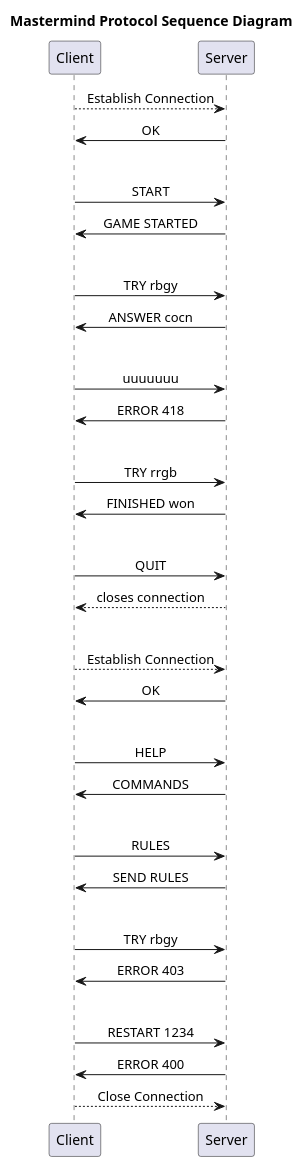
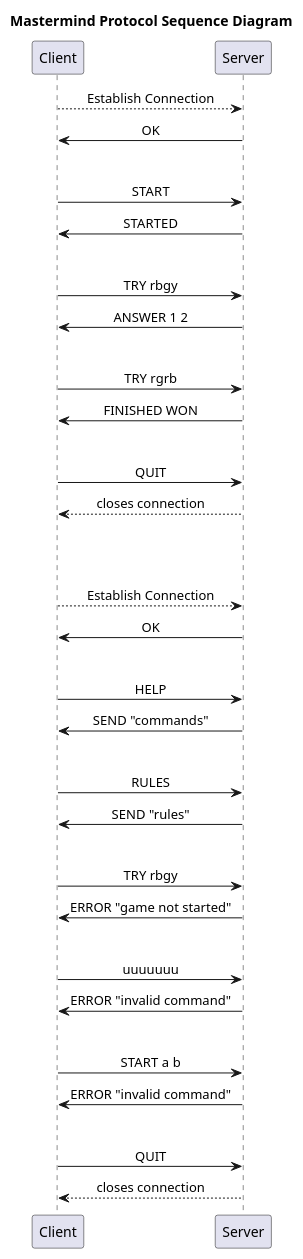
The diagram in diagramSeqProt.plantuml (sarsurgithub/DAI-PW2-Mastermind), drawn with PlantUML before and after one commit. The commit also changed 2 other files, not shown here.

```diff
--- a/diagramSeqProt.plantuml
+++ b/diagramSeqProt.plantuml
@@ -1,62 +1,66 @@
 @startuml
 'https://plantuml.com/sequence-diagram
 
 skinparam sequenceMessageAlign center
 
 Title Mastermind Protocol Sequence Diagram
 
 Client --> Server: Establish Connection
 Server -> Client: OK
 
 ||30||
 
 Client -> Server: START
-Client <- Server: GAME STARTED
+Client <- Server: STARTED
 
 ||30||
 
 Client -> Server: TRY rbgy
-Client <- Server: ANSWER cocn
+Client <- Server: ANSWER 1 2
 
 ||30||
 
-Client -> Server: uuuuuuu
-Client <- Server: ERROR 418
-
-||30||
-
-Client -> Server: TRY rrgb
-Client <- Server: FINISHED won
+Client -> Server: TRY rgrb
+Client <- Server: FINISHED WON
 
 ||30||
 
 Client -> Server: QUIT
 Client <-- Server: closes connection
 
-||30||
+||60||
 
 Client --> Server: Establish Connection
 Client <- Server: OK
 
 ||30||
 
 Client -> Server: HELP
-Client <- Server: COMMANDS
+Client <- Server: SEND "commands"
 
 ||30||
 
 Client -> Server: RULES
-Client <- Server: SEND RULES
+Client <- Server: SEND "rules"
 
 ||30||
 
 Client -> Server: TRY rbgy
-Client <- Server: ERROR 403
+Client <- Server: ERROR "game not started"
 
 ||30||
 
-Client -> Server: RESTART 1234
-Client <- Server: ERROR 400
-Client --> Server: Close Connection
+Client -> Server: uuuuuuu
+Client <- Server: ERROR "invalid command"
+
+||30||
+
+Client -> Server: START a b
+Client <- Server: ERROR "invalid command"
+
+||30||
+
+Client -> Server: QUIT
+Client <-- Server: closes connection
 
 @enduml
```
